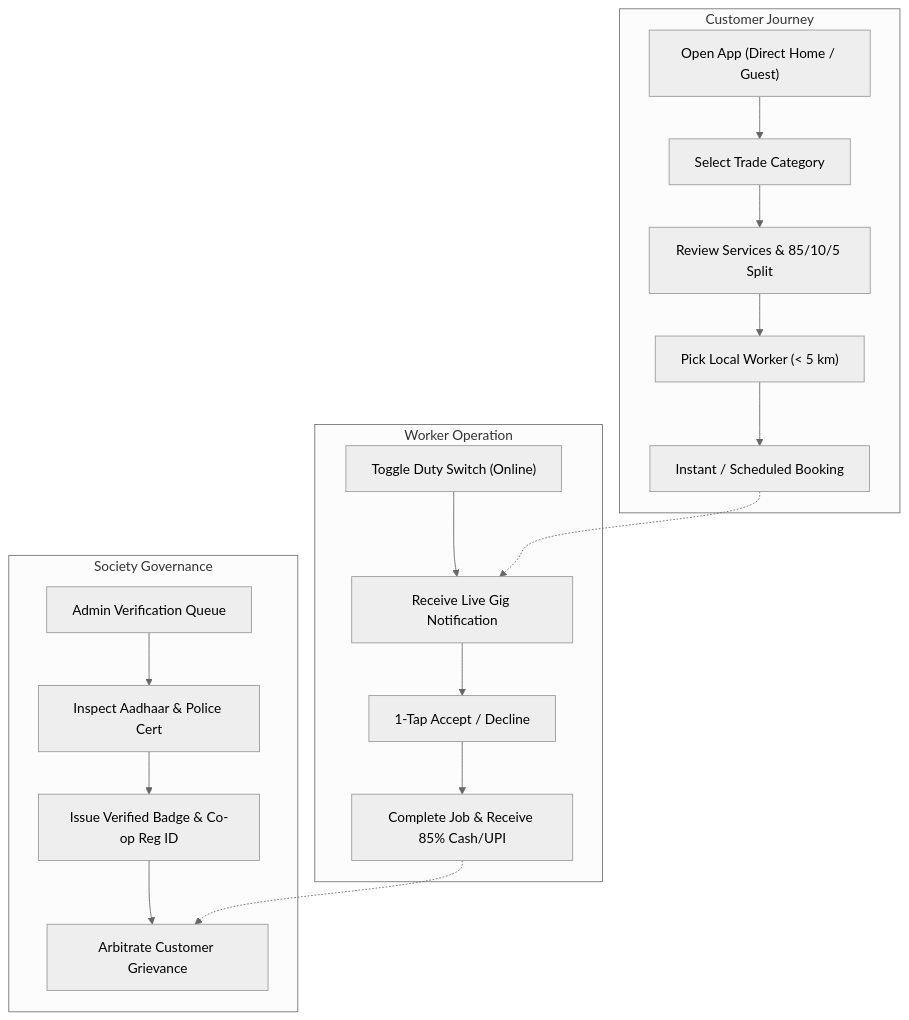
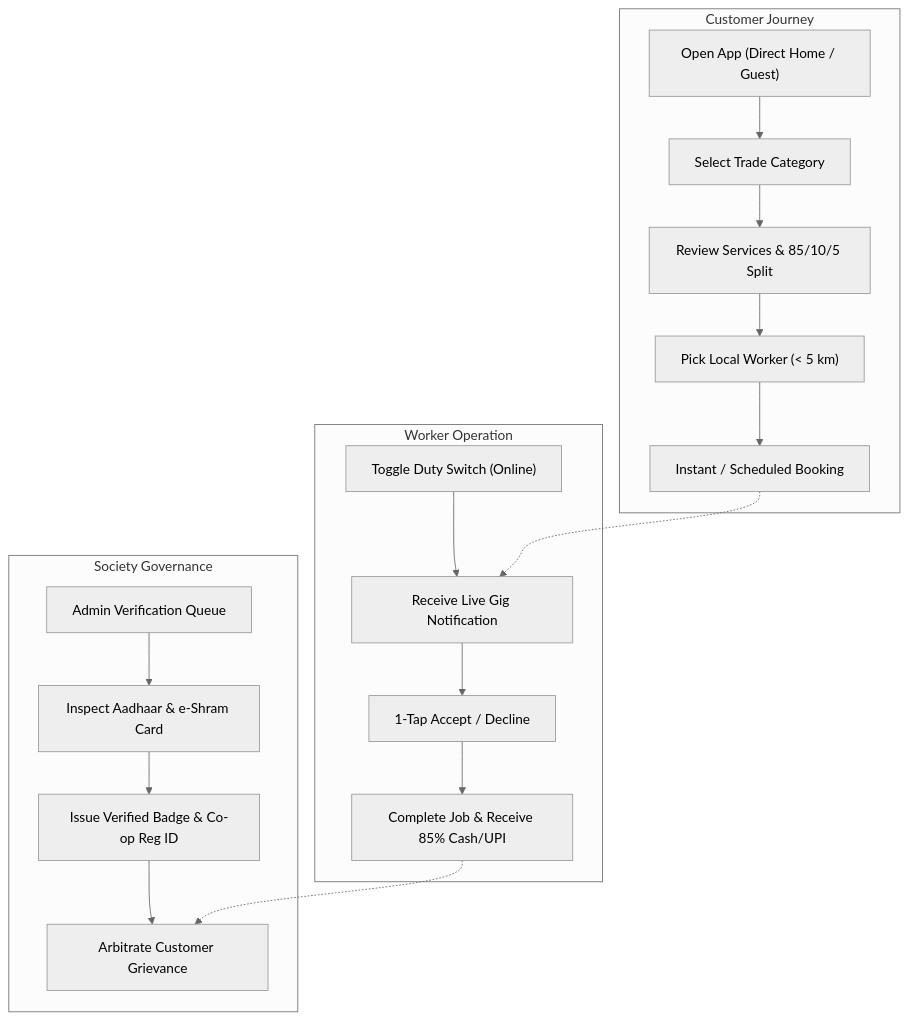
The diagram in currentprd.md (Mradul510/Cooperative-Gig-Services-Platform), drawn with Mermaid (neutral theme) before and after one commit. The commit also changed other lines of this file and 7 other files, not shown here.

Commit message:
feat(verification): replace police verification with e-Shram card and make trade skill cert optional

````diff
--- a/currentprd.md
+++ b/currentprd.md
@@ -86,24 +86,24 @@
 ```mermaid
 flowchart TD
     subgraph Customer Journey
         C1["Open App (Direct Home / Guest)"] --> C2["Select Trade Category"]
         C2 --> C3["Review Services & 85/10/5 Split"]
         C3 --> C4["Pick Local Worker (< 5 km)"]
         C4 --> C5["Instant / Scheduled Booking"]
     end
 
     subgraph Worker Operation
         W1["Toggle Duty Switch (Online)"] --> W2["Receive Live Gig Notification"]
         W2 --> W3["1-Tap Accept / Decline"]
         W3 --> W4["Complete Job & Receive 85% Cash/UPI"]
     end
 
     subgraph Society Governance
-        A1["Admin Verification Queue"] --> A2["Inspect Aadhaar & Police Cert"]
+        A1["Admin Verification Queue"] --> A2["Inspect Aadhaar & e-Shram Card"]
         A2 --> A3["Issue Verified Badge & Co-op Reg ID"]
         A3 --> A4["Arbitrate Customer Grievance"]
     end
 
     C5 -.-> W2
     W4 -.-> A4
 ```
````
